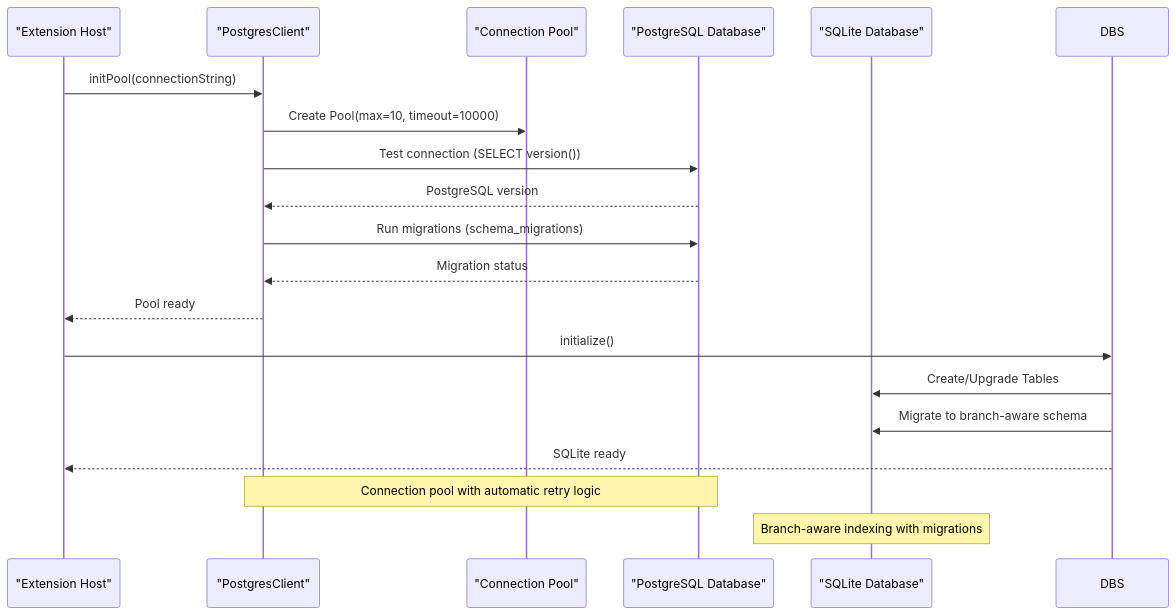
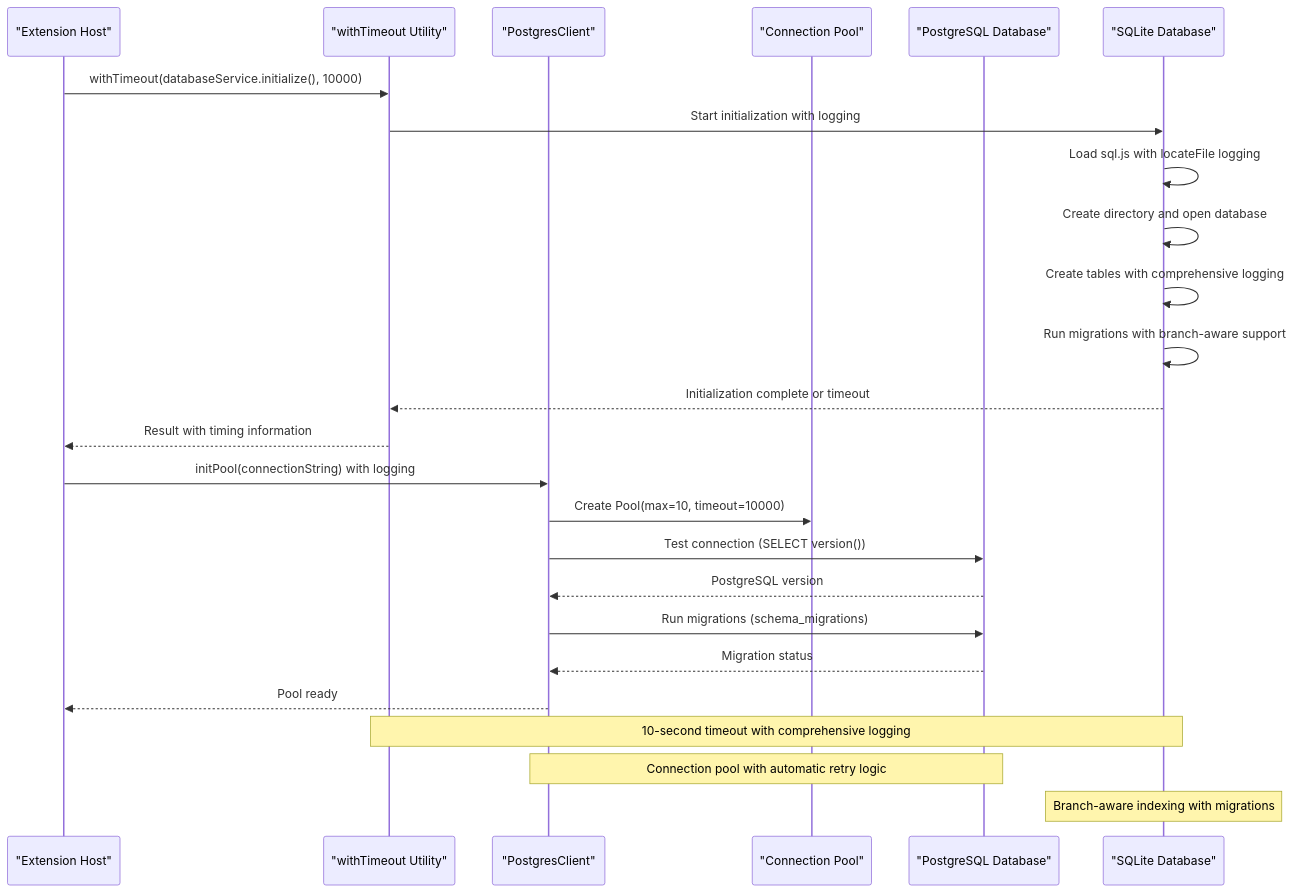
The second of 3 diagrams in .qoder/repowiki/en/content/Storage System/Database Service.md (bramburn/repomix-runner), drawn with Mermaid before and after one commit. The commit also changed other lines of this file and 14 other files, not shown here.

````diff
--- a/.qoder/repowiki/en/content/Storage System/Database Service.md
+++ b/.qoder/repowiki/en/content/Storage System/Database Service.md
@@ -177,21 +182,27 @@
 ```mermaid
 sequenceDiagram
 participant EXT as "Extension Host"
+participant WT as "withTimeout Utility"
 participant PG as "PostgresClient"
 participant POOL as "Connection Pool"
 participant DB as "PostgreSQL Database"
 participant SQLITE as "SQLite Database"
-EXT->>PG : initPool(connectionString)
+EXT->>WT : withTimeout(databaseService.initialize(), 10000)
+WT->>SQLITE : Start initialization with logging
+SQLITE->>SQLITE : Load sql.js with locateFile logging
+SQLITE->>SQLITE : Create directory and open database
+SQLITE->>SQLITE : Create tables with comprehensive logging
+SQLITE->>SQLITE : Run migrations with branch-aware support
+SQLITE-->>WT : Initialization complete or timeout
+WT-->>EXT : Result with timing information
+EXT->>PG : initPool(connectionString) with logging
 PG->>POOL : Create Pool(max=10, timeout=10000)
 PG->>DB : Test connection (SELECT version())
 DB-->>PG : PostgreSQL version
 PG->>DB : Run migrations (schema_migrations)
 DB-->>PG : Migration status
 PG-->>EXT : Pool ready
-EXT->>DBS : initialize()
-DBS->>SQLITE : Create/Upgrade Tables
-DBS->>SQLITE : Migrate to branch-aware schema
-DBS-->>EXT : SQLite ready
+Note over WT,SQLITE : 10-second timeout with comprehensive logging
 Note over PG,DB : Connection pool with automatic retry logic
 Note over SQLITE : Branch-aware indexing with migrations
 ```
````
